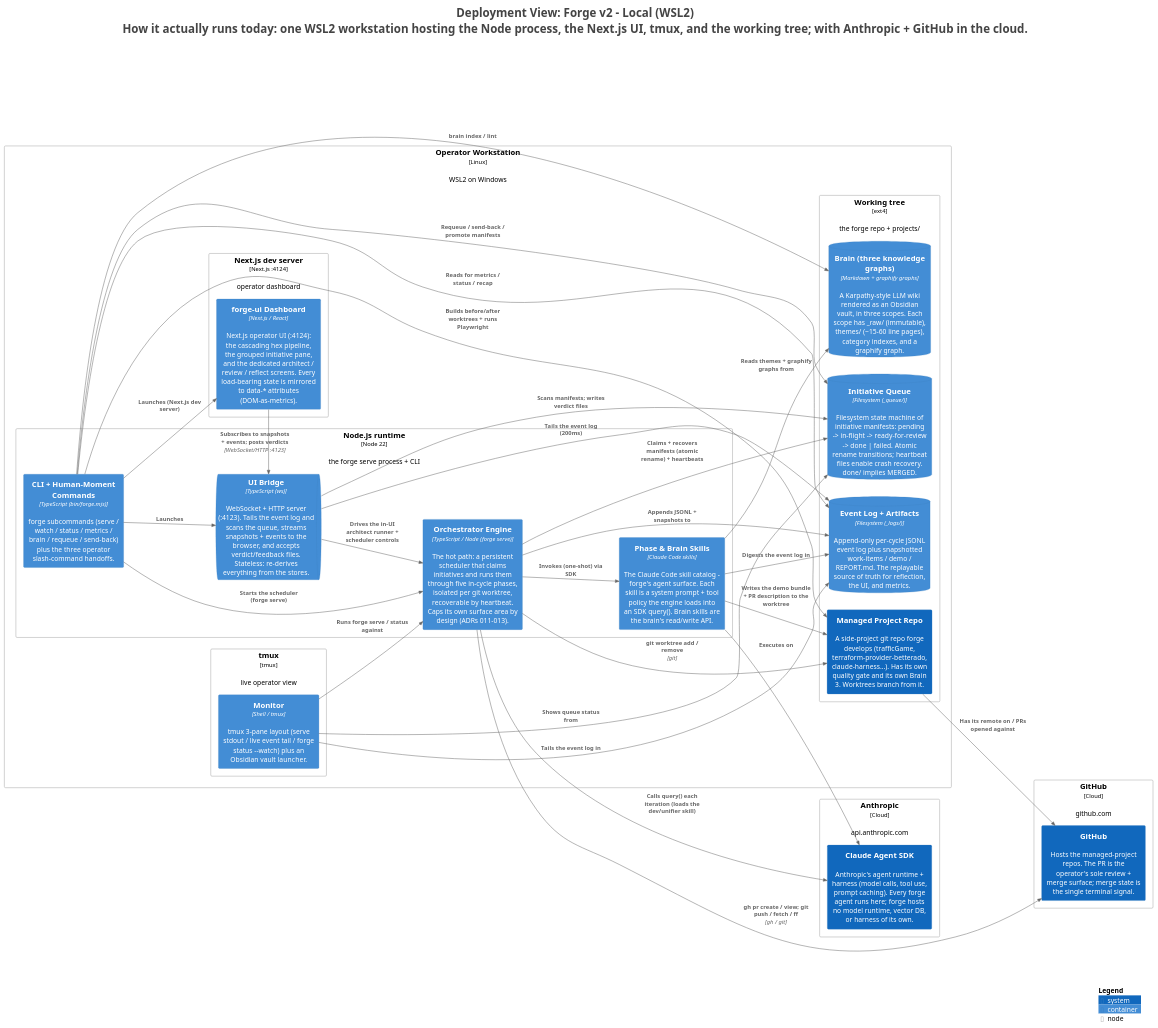
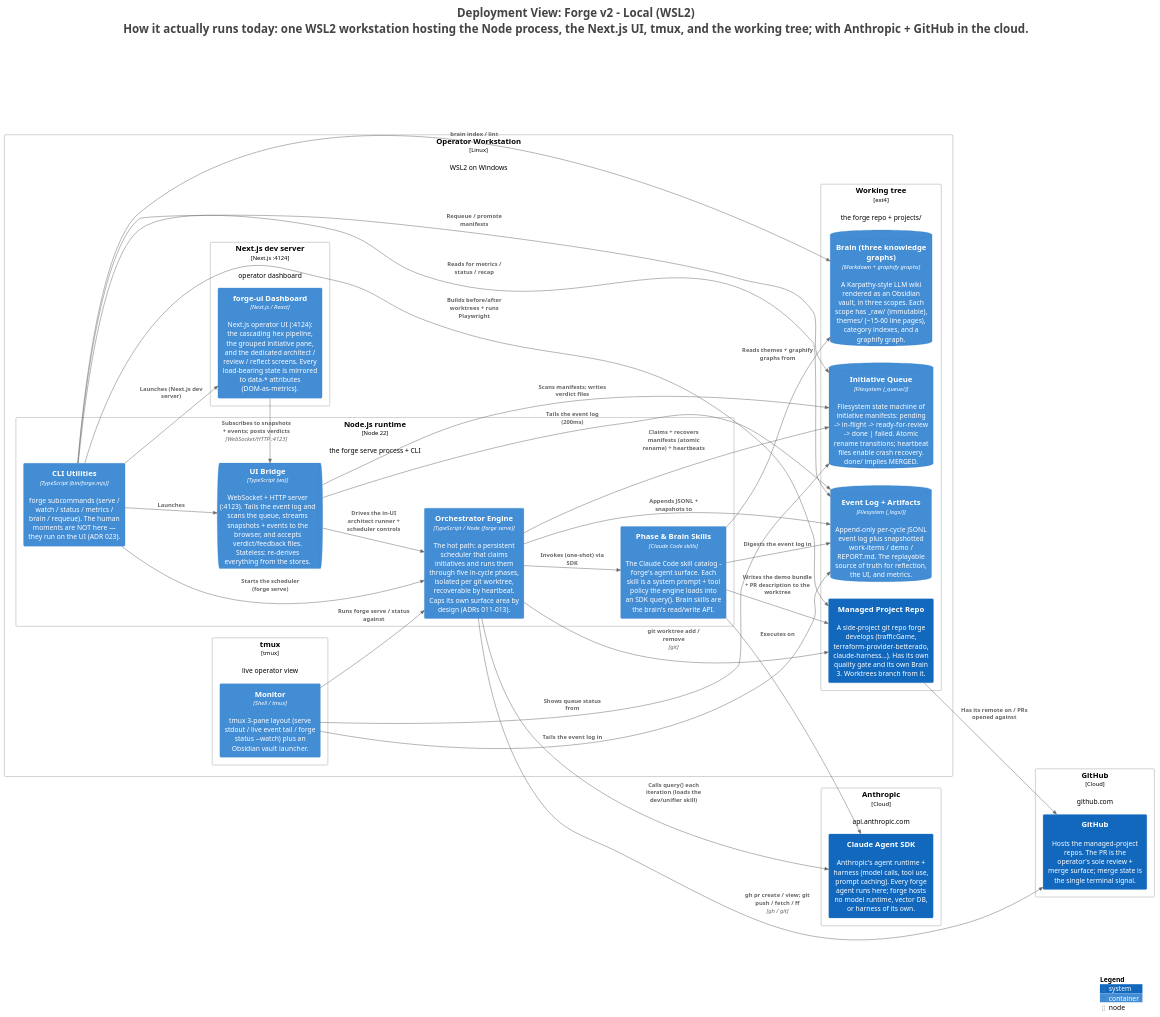
Before and after one commit to parsoFish/forge-v2: the diagram in docs/architecture/c4/diagrams/structurizr-LocalDeployment.puml, drawn with PlantUML. The commit also changed 35 other files, not shown here.

First line of the commit message:
docs(c4): regenerate the architecture model for ADR 023 + the surface retirements

```diff
--- a/docs/architecture/c4/diagrams/structurizr-LocalDeployment.puml
+++ b/docs/architecture/c4/diagrams/structurizr-LocalDeployment.puml
@@ -1,80 +1,80 @@
 @startuml
 title <size:24>Deployment View: Forge v2 - Local (WSL2)</size>\n<size:24>How it actually runs today: one WSL2 workstation hosting the Node process, the Next.js UI, tmux, and the working tree; with Anthropic + GitHub in the cloud.</size>
 
 set separator none
 left to right direction
 
 <style>
   root {
     BackgroundColor: #ffffff
     FontColor: #444444
   }
 </style>
 
 !include <C4/C4>
 !include <C4/C4_Context>
 !include <C4/C4_Container>
 !include <C4/C4_Deployment>
 
 Deployment_Node(LocalWSL2.OperatorWorkstation, "Operator Workstation", $type="Linux", $descr="WSL2 on Windows", $tags="", $link="") {
   Deployment_Node(LocalWSL2.OperatorWorkstation.Nodejsruntime, "Node.js runtime", $type="Node 22", $descr="the forge serve process + CLI", $tags="", $link="") {
     Container(LocalWSL2.OperatorWorkstation.Nodejsruntime.OrchestratorEngine_1, "Orchestrator Engine", $techn="TypeScript / Node (forge serve)", $descr="The hot path: a persistent scheduler that claims initiatives and runs them through five in-cycle phases, isolated per git worktree, recoverable by heartbeat. Caps its own surface area by design (ADRs 011-013).", $tags="", $link="")
-    Container(LocalWSL2.OperatorWorkstation.Nodejsruntime.CLIHumanMomentCommands_1, "CLI + Human-Moment Commands", $techn="TypeScript (bin/forge.mjs)", $descr="forge subcommands (serve / watch / status / metrics / brain / requeue / send-back) plus the three operator slash-command handoffs.", $tags="", $link="")
+    Container(LocalWSL2.OperatorWorkstation.Nodejsruntime.CLIUtilities_1, "CLI Utilities", $techn="TypeScript (bin/forge.mjs)", $descr="forge subcommands (serve / watch / status / metrics / brain / requeue). The human moments are NOT here — they run on the UI (ADR 023).", $tags="", $link="")
     ContainerQueue(LocalWSL2.OperatorWorkstation.Nodejsruntime.UIBridge_1, "UI Bridge", $techn="TypeScript (ws)", $descr="WebSocket + HTTP server (:4123). Tails the event log and scans the queue, streams snapshots + events to the browser, and accepts verdict/feedback files. Stateless: re-derives everything from the stores.", $tags="", $link="")
     Container(LocalWSL2.OperatorWorkstation.Nodejsruntime.PhaseBrainSkills_1, "Phase & Brain Skills", $techn="Claude Code skills", $descr="The Claude Code skill catalog - forge's agent surface. Each skill is a system prompt + tool policy the engine loads into an SDK query(). Brain skills are the brain's read/write API.", $tags="", $link="")
   }
 
   Deployment_Node(LocalWSL2.OperatorWorkstation.Nextjsdevserver, "Next.js dev server", $type="Next.js :4124", $descr="operator dashboard", $tags="", $link="") {
     Container(LocalWSL2.OperatorWorkstation.Nextjsdevserver.forgeuiDashboard_1, "forge-ui Dashboard", $techn="Next.js / React", $descr="Next.js operator UI (:4124): the cascading hex pipeline, the grouped initiative pane, and the dedicated architect / review / reflect screens. Every load-bearing state is mirrored to data-* attributes (DOM-as-metrics).", $tags="", $link="")
   }
 
   Deployment_Node(LocalWSL2.OperatorWorkstation.tmux, "tmux", $type="tmux", $descr="live operator view", $tags="", $link="") {
     Container(LocalWSL2.OperatorWorkstation.tmux.Monitor_1, "Monitor", $techn="Shell / tmux", $descr="tmux 3-pane layout (serve stdout / live event tail / forge status --watch) plus an Obsidian vault launcher.", $tags="", $link="")
   }
 
   Deployment_Node(LocalWSL2.OperatorWorkstation.Workingtree, "Working tree", $type="ext4", $descr="the forge repo + projects/", $tags="", $link="") {
     ContainerDb(LocalWSL2.OperatorWorkstation.Workingtree.InitiativeQueue_1, "Initiative Queue", $techn="Filesystem (_queue/)", $descr="Filesystem state machine of initiative manifests: pending -> in-flight -> ready-for-review -> done | failed. Atomic rename transitions; heartbeat files enable crash recovery. done/ implies MERGED.", $tags="", $link="")
     ContainerDb(LocalWSL2.OperatorWorkstation.Workingtree.EventLogArtifacts_1, "Event Log + Artifacts", $techn="Filesystem (_logs/)", $descr="Append-only per-cycle JSONL event log plus snapshotted work-items / demo / REPORT.md. The replayable source of truth for reflection, the UI, and metrics.", $tags="", $link="")
     ContainerDb(LocalWSL2.OperatorWorkstation.Workingtree.Brainthreeknowledgegraphs_1, "Brain (three knowledge graphs)", $techn="Markdown + graphify graphs", $descr="A Karpathy-style LLM wiki rendered as an Obsidian vault, in three scopes. Each scope has _raw/ (immutable), themes/ (~15-60 line pages), category indexes, and a graphify graph.", $tags="", $link="")
     System(LocalWSL2.OperatorWorkstation.Workingtree.ManagedProjectRepo_1, "Managed Project Repo", $descr="A side-project git repo forge develops (trafficGame, terraform-provider-betterado, claude-harness...). Has its own quality gate and its own Brain 3. Worktrees branch from it.", $tags="", $link="")
   }
 
 }
 
 Deployment_Node(LocalWSL2.Anthropic, "Anthropic", $type="Cloud", $descr="api.anthropic.com", $tags="", $link="") {
   System(LocalWSL2.Anthropic.ClaudeAgentSDK_1, "Claude Agent SDK", $descr="Anthropic's agent runtime + harness (model calls, tool use, prompt caching). Every forge agent runs here; forge hosts no model runtime, vector DB, or harness of its own.", $tags="", $link="")
 }
 
 Deployment_Node(LocalWSL2.GitHub, "GitHub", $type="Cloud", $descr="github.com", $tags="", $link="") {
   System(LocalWSL2.GitHub.GitHub_1, "GitHub", $descr="Hosts the managed-project repos. The PR is the operator's sole review + merge surface; merge state is the single terminal signal.", $tags="", $link="")
 }
 
-Rel(LocalWSL2.OperatorWorkstation.Nodejsruntime.CLIHumanMomentCommands_1, LocalWSL2.OperatorWorkstation.Nodejsruntime.OrchestratorEngine_1, "Starts the scheduler (forge serve)", $techn="", $tags="", $link="")
+Rel(LocalWSL2.OperatorWorkstation.Nodejsruntime.CLIUtilities_1, LocalWSL2.OperatorWorkstation.Nodejsruntime.OrchestratorEngine_1, "Starts the scheduler (forge serve)", $techn="", $tags="", $link="")
 Rel(LocalWSL2.OperatorWorkstation.Nodejsruntime.UIBridge_1, LocalWSL2.OperatorWorkstation.Nodejsruntime.OrchestratorEngine_1, "Drives the in-UI architect runner + scheduler controls", $techn="", $tags="", $link="")
-Rel(LocalWSL2.OperatorWorkstation.Nodejsruntime.CLIHumanMomentCommands_1, LocalWSL2.OperatorWorkstation.Nodejsruntime.UIBridge_1, "Launches", $techn="", $tags="", $link="")
+Rel(LocalWSL2.OperatorWorkstation.Nodejsruntime.CLIUtilities_1, LocalWSL2.OperatorWorkstation.Nodejsruntime.UIBridge_1, "Launches", $techn="", $tags="", $link="")
 Rel(LocalWSL2.OperatorWorkstation.Nodejsruntime.OrchestratorEngine_1, LocalWSL2.OperatorWorkstation.Nodejsruntime.PhaseBrainSkills_1, "Invokes (one-shot) via SDK", $techn="", $tags="", $link="")
-Rel(LocalWSL2.OperatorWorkstation.Nodejsruntime.CLIHumanMomentCommands_1, LocalWSL2.OperatorWorkstation.Nextjsdevserver.forgeuiDashboard_1, "Launches (Next.js dev server)", $techn="", $tags="", $link="")
+Rel(LocalWSL2.OperatorWorkstation.Nodejsruntime.CLIUtilities_1, LocalWSL2.OperatorWorkstation.Nextjsdevserver.forgeuiDashboard_1, "Launches (Next.js dev server)", $techn="", $tags="", $link="")
 Rel(LocalWSL2.OperatorWorkstation.Nextjsdevserver.forgeuiDashboard_1, LocalWSL2.OperatorWorkstation.Nodejsruntime.UIBridge_1, "Subscribes to snapshots + events; posts verdicts", $techn="WebSocket/HTTP :4123", $tags="", $link="")
 Rel(LocalWSL2.OperatorWorkstation.tmux.Monitor_1, LocalWSL2.OperatorWorkstation.Nodejsruntime.OrchestratorEngine_1, "Runs forge serve / status against", $techn="", $tags="", $link="")
 Rel(LocalWSL2.OperatorWorkstation.Nodejsruntime.OrchestratorEngine_1, LocalWSL2.OperatorWorkstation.Workingtree.InitiativeQueue_1, "Claims + recovers manifests (atomic rename) + heartbeats", $techn="", $tags="", $link="")
-Rel(LocalWSL2.OperatorWorkstation.Nodejsruntime.CLIHumanMomentCommands_1, LocalWSL2.OperatorWorkstation.Workingtree.InitiativeQueue_1, "Requeue / send-back / promote manifests", $techn="", $tags="", $link="")
+Rel(LocalWSL2.OperatorWorkstation.Nodejsruntime.CLIUtilities_1, LocalWSL2.OperatorWorkstation.Workingtree.InitiativeQueue_1, "Requeue / promote manifests", $techn="", $tags="", $link="")
 Rel(LocalWSL2.OperatorWorkstation.Nodejsruntime.UIBridge_1, LocalWSL2.OperatorWorkstation.Workingtree.InitiativeQueue_1, "Scans manifests; writes verdict files", $techn="", $tags="", $link="")
 Rel(LocalWSL2.OperatorWorkstation.tmux.Monitor_1, LocalWSL2.OperatorWorkstation.Workingtree.InitiativeQueue_1, "Shows queue status from", $techn="", $tags="", $link="")
 Rel(LocalWSL2.OperatorWorkstation.Nodejsruntime.OrchestratorEngine_1, LocalWSL2.OperatorWorkstation.Workingtree.EventLogArtifacts_1, "Appends JSONL + snapshots to", $techn="", $tags="", $link="")
-Rel(LocalWSL2.OperatorWorkstation.Nodejsruntime.CLIHumanMomentCommands_1, LocalWSL2.OperatorWorkstation.Workingtree.EventLogArtifacts_1, "Reads for metrics / status / recap", $techn="", $tags="", $link="")
+Rel(LocalWSL2.OperatorWorkstation.Nodejsruntime.CLIUtilities_1, LocalWSL2.OperatorWorkstation.Workingtree.EventLogArtifacts_1, "Reads for metrics / status / recap", $techn="", $tags="", $link="")
 Rel(LocalWSL2.OperatorWorkstation.Nodejsruntime.UIBridge_1, LocalWSL2.OperatorWorkstation.Workingtree.EventLogArtifacts_1, "Tails the event log (200ms)", $techn="", $tags="", $link="")
 Rel(LocalWSL2.OperatorWorkstation.Nodejsruntime.PhaseBrainSkills_1, LocalWSL2.OperatorWorkstation.Workingtree.EventLogArtifacts_1, "Digests the event log in", $techn="", $tags="", $link="")
 Rel(LocalWSL2.OperatorWorkstation.tmux.Monitor_1, LocalWSL2.OperatorWorkstation.Workingtree.EventLogArtifacts_1, "Tails the event log in", $techn="", $tags="", $link="")
-Rel(LocalWSL2.OperatorWorkstation.Nodejsruntime.CLIHumanMomentCommands_1, LocalWSL2.OperatorWorkstation.Workingtree.Brainthreeknowledgegraphs_1, "brain index / lint", $techn="", $tags="", $link="")
+Rel(LocalWSL2.OperatorWorkstation.Nodejsruntime.CLIUtilities_1, LocalWSL2.OperatorWorkstation.Workingtree.Brainthreeknowledgegraphs_1, "brain index / lint", $techn="", $tags="", $link="")
 Rel(LocalWSL2.OperatorWorkstation.Nodejsruntime.PhaseBrainSkills_1, LocalWSL2.OperatorWorkstation.Workingtree.Brainthreeknowledgegraphs_1, "Reads themes + graphify graphs from", $techn="", $tags="", $link="")
 Rel(LocalWSL2.OperatorWorkstation.Nodejsruntime.OrchestratorEngine_1, LocalWSL2.OperatorWorkstation.Workingtree.ManagedProjectRepo_1, "git worktree add / remove", $techn="git", $tags="", $link="")
-Rel(LocalWSL2.OperatorWorkstation.Nodejsruntime.CLIHumanMomentCommands_1, LocalWSL2.OperatorWorkstation.Workingtree.ManagedProjectRepo_1, "Builds before/after worktrees + runs Playwright", $techn="", $tags="", $link="")
+Rel(LocalWSL2.OperatorWorkstation.Nodejsruntime.CLIUtilities_1, LocalWSL2.OperatorWorkstation.Workingtree.ManagedProjectRepo_1, "Builds before/after worktrees + runs Playwright", $techn="", $tags="", $link="")
 Rel(LocalWSL2.OperatorWorkstation.Nodejsruntime.PhaseBrainSkills_1, LocalWSL2.OperatorWorkstation.Workingtree.ManagedProjectRepo_1, "Writes the demo bundle + PR description to the worktree", $techn="", $tags="", $link="")
 Rel(LocalWSL2.OperatorWorkstation.Nodejsruntime.OrchestratorEngine_1, LocalWSL2.Anthropic.ClaudeAgentSDK_1, "Calls query() each iteration (loads the dev/unifier skill)", $techn="", $tags="", $link="")
 Rel(LocalWSL2.OperatorWorkstation.Nodejsruntime.PhaseBrainSkills_1, LocalWSL2.Anthropic.ClaudeAgentSDK_1, "Executes on", $techn="", $tags="", $link="")
 Rel(LocalWSL2.OperatorWorkstation.Nodejsruntime.OrchestratorEngine_1, LocalWSL2.GitHub.GitHub_1, "gh pr create / view; git push / fetch / ff", $techn="gh / git", $tags="", $link="")
 Rel(LocalWSL2.OperatorWorkstation.Workingtree.ManagedProjectRepo_1, LocalWSL2.GitHub.GitHub_1, "Has its remote on / PRs opened against", $techn="", $tags="", $link="")
 
 SHOW_LEGEND(true)
 hide stereotypes
 @enduml
```
